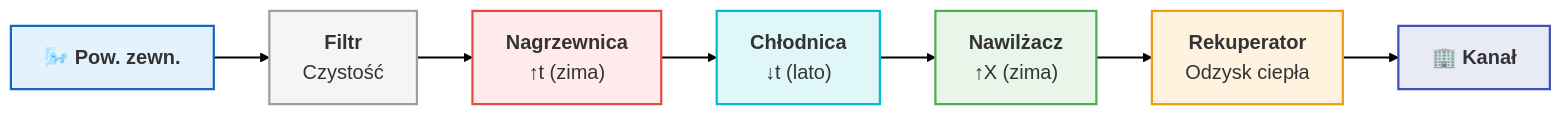
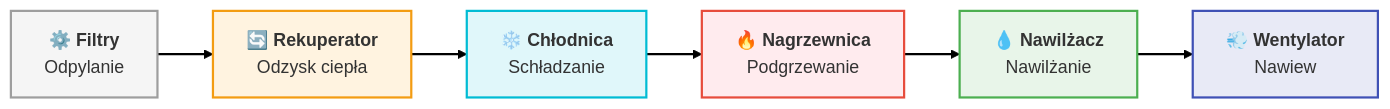
One commit to moondec/Termodynamika changed the first of 3 diagrams in Wyklady/13_Klimatyzacja.qmd. Above: the diagram before and after it, drawn with Mermaid. The commit also changed other lines of this file and 2 other files, not shown here.

Commit message:
W13: podział slajdów 8 i 16, poprawka LaTeX, powiększenie diagramu mermaid

````diff
--- a/Wyklady/13_Klimatyzacja.qmd
+++ b/Wyklady/13_Klimatyzacja.qmd
@@ -77,23 +92,21 @@
 ```{mermaid}
 %%| fig-align: center
-%%| fig-width: 12
-%%| fig-height: 1
+%%| fig-width: 14
+%%| fig-height: 2
 
-%%{init: {'theme': 'default', 'flowchart': { 'useMaxWidth': false, 'htmlLabels': true }, 'themeVariables': { 'fontSize': '18px', 'fontFamily': 'sans-serif' }}}%%
+%%{init: {'theme': 'default', 'flowchart': { 'useMaxWidth': false, 'htmlLabels': true }, 'themeVariables': { 'fontSize': '16px', 'fontFamily': 'sans-serif' }}}%%
 flowchart LR
-    IN["🌬️ <b>Pow. zewn.</b>"] --> F["<b>Filtr</b><br>Czystość"]
-    F --> N["<b>Nagrzewnica</b><br>↑t (zima)"]
-    N --> CH["<b>Chłodnica</b><br>↓t (lato)"]
-    CH --> NAW["<b>Nawilżacz</b><br>↑X (zima)"]
-    NAW --> REC["<b>Rekuperator</b><br>Odzysk ciepła"]
-    REC --> W["🏢 <b>Kanał</b>"]
+    F["⚙️ <b>Filtry</b><br>Odpylanie"] --> REC["🔄 <b>Rekuperator</b><br>Odzysk ciepła"]
+    REC --> CH["❄️ <b>Chłodnica</b><br>Schładzanie"]
+    CH --> N["🔥 <b>Nagrzewnica</b><br>Podgrzewanie"]
+    N --> NAW["💧 <b>Nawilżacz</b><br>Nawilżanie"]
+    NAW --> W["💨 <b>Wentylator</b><br>Nawiew"]
     
-    style IN fill:#e3f2fd,stroke:#1565c0,stroke-width:2px
     style F fill:#f5f5f5,stroke:#9e9e9e,stroke-width:2px
+    style REC fill:#fff3e0,stroke:#f39c12,stroke-width:2px
+    style CH fill:#e0f7fa,stroke:#00bcd4,stroke-width:2px
     style N fill:#ffebee,stroke:#e74c3c,stroke-width:2px
-    style CH fill:#e0f7fa,stroke:#00bcd4,stroke-width:2px
     style NAW fill:#e8f5e9,stroke:#4caf50,stroke-width:2px
-    style REC fill:#fff3e0,stroke:#f39c12,stroke-width:2px
     style W fill:#e8eaf6,stroke:#3f51b5,stroke-width:2px
     linkStyle default stroke-width:2px,fill:none,stroke:black
 ```
````
